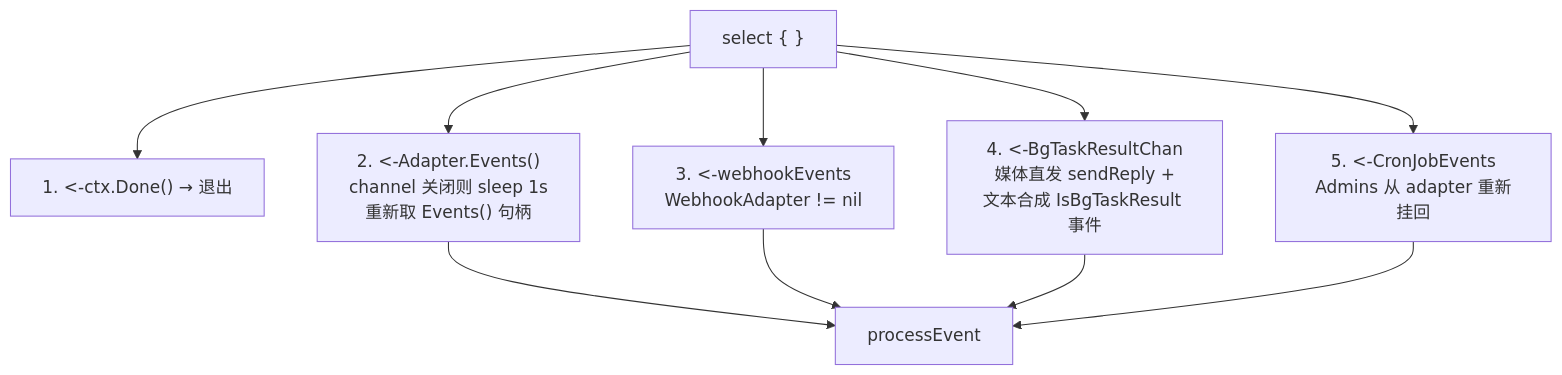
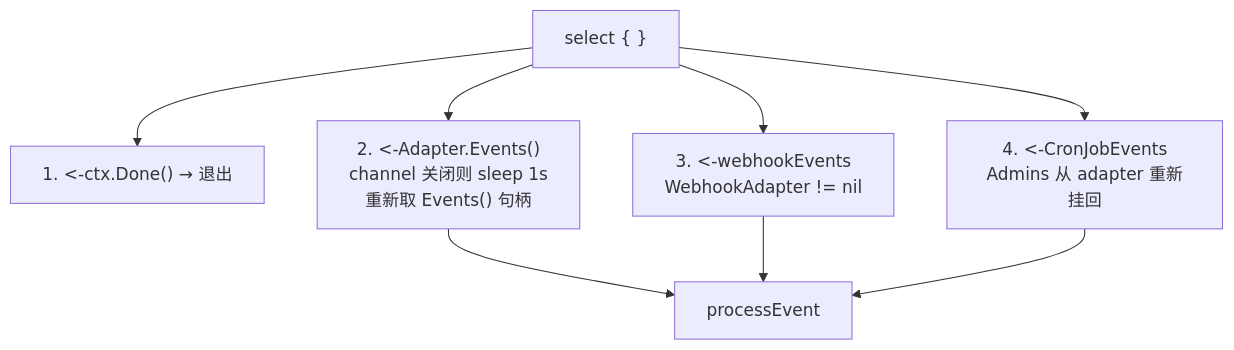
One commit to JuanNiangDev/JuanNiang-Neo changed the sixth of 16 diagrams in docs/project-details.md. Above: the diagram before and after it, drawn with Mermaid. The commit also changed other lines of this file and 3 other files, not shown here.

````diff
--- a/docs/project-details.md
+++ b/docs/project-details.md
@@ -481,15 +454,13 @@
 ```mermaid
 flowchart TD
   SEL["select { }"]
   D["1. <-ctx.Done() → 退出"]
   E1["2. <-Adapter.Events()<br/>channel 关闭则 sleep 1s<br/>重新取 Events() 句柄"]
   E2["3. <-webhookEvents<br/>WebhookAdapter != nil"]
-  E3["4. <-BgTaskResultChan<br/>媒体直发 sendReply +<br/>文本合成 IsBgTaskResult 事件"]
-  E4["5. <-CronJobEvents<br/>Admins 从 adapter 重新挂回"]
+  E3["4. <-CronJobEvents<br/>Admins 从 adapter 重新挂回"]
   PE["processEvent"]
   SEL --> D
   SEL --> E1 --> PE
   SEL --> E2 --> PE
   SEL --> E3 --> PE
-  SEL --> E4 --> PE
 ```
````
